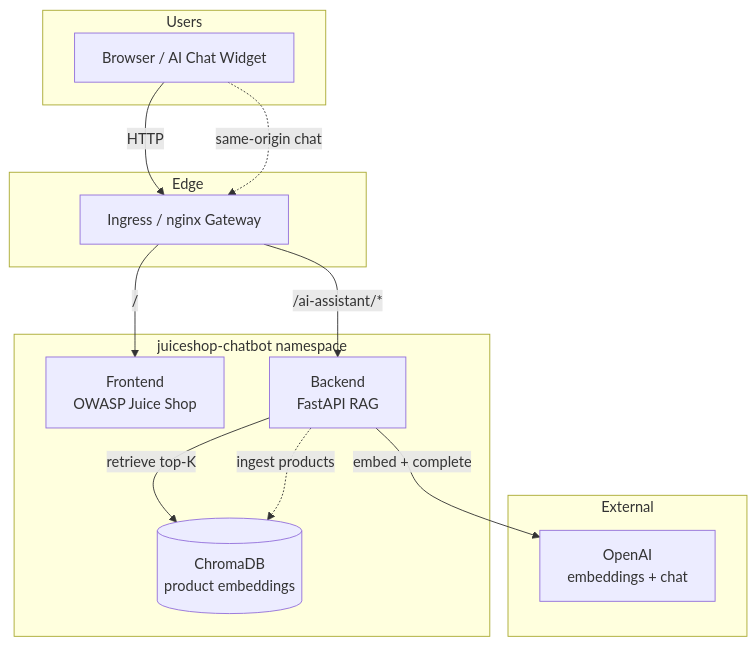
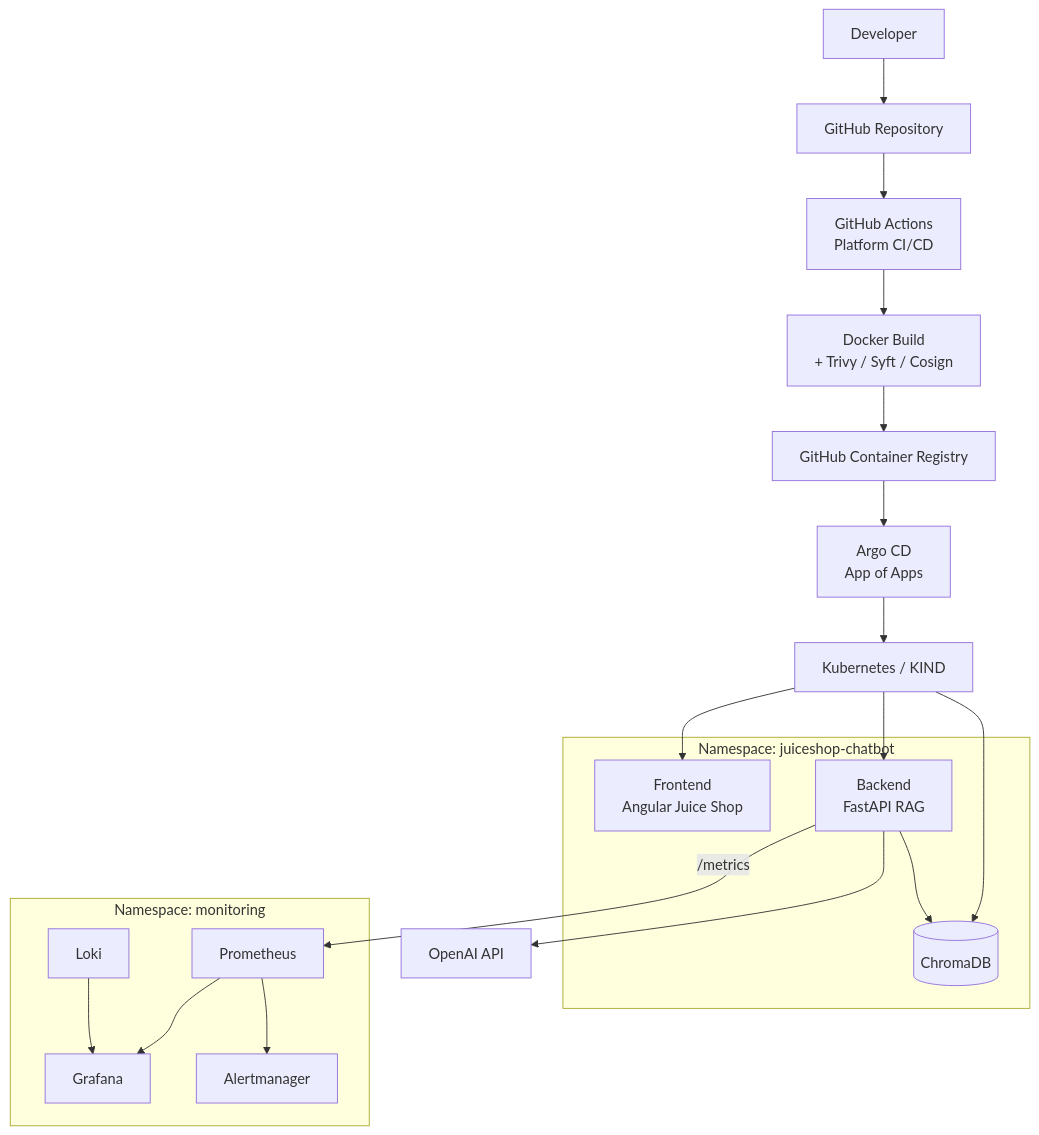
Before and after one commit to amaninsa/owasp-juiceshop-chatbot: the first of 7 diagrams in docs/architecture.md, drawn with Mermaid. The commit also changed other lines of this file and 129 other files, not shown here.

First line of the commit message:
feat(cicd): add enterprise GitOps CI/CD pipelines for GHCR and Argo CD

````diff
--- a/docs/architecture.md
+++ b/docs/architecture.md
@@ -13,28 +10,33 @@
 ```mermaid
 flowchart TB
-  subgraph Users
-    B[Browser / AI Chat Widget]
+  DEV[Developer] --> GH[GitHub Repository]
+  GH --> GHA[GitHub Actions<br/>Platform CI/CD]
+  GHA --> BUILD[Docker Build<br/>+ Trivy / Syft / Cosign]
+  BUILD --> GHCR[GitHub Container Registry]
+  GHCR --> ARGO[Argo CD<br/>App of Apps]
+  ARGO --> K8S[Kubernetes / KIND]
+
+  subgraph Runtime["Namespace: juiceshop-chatbot"]
+    FE[Frontend<br/>Angular Juice Shop]
+    BE[Backend<br/>FastAPI RAG]
+    CH[(ChromaDB)]
   end
 
-  subgraph Edge["Edge"]
-    I[Ingress / nginx Gateway]
+  K8S --> FE
+  K8S --> BE
+  K8S --> CH
+  BE --> CH
+  BE --> OAI[OpenAI API]
+
+  subgraph Obs["Namespace: monitoring"]
+    PROM[Prometheus]
+    GRAF[Grafana]
+    LOKI[Loki]
+    AM[Alertmanager]
   end
 
-  subgraph Platform["juiceshop-chatbot namespace"]
-    FE[Frontend<br/>OWASP Juice Shop]
-    BE[Backend<br/>FastAPI RAG]
-    CH[(ChromaDB<br/>product embeddings)]
-  end
-
-  subgraph External["External"]
-    OAI[OpenAI<br/>embeddings + chat]
-  end
-
-  B -->|"HTTP"| I
-  I -->|"/ "| FE
-  I -->|"/ai-assistant/*"| BE
-  B -.->|"same-origin chat"| I
-  BE -->|"retrieve top-K"| CH
-  BE -->|"embed + complete"| OAI
-  BE -.->|"ingest products"| CH
+  BE -->|/metrics| PROM
+  PROM --> GRAF
+  PROM --> AM
+  LOKI --> GRAF
 ```
````
